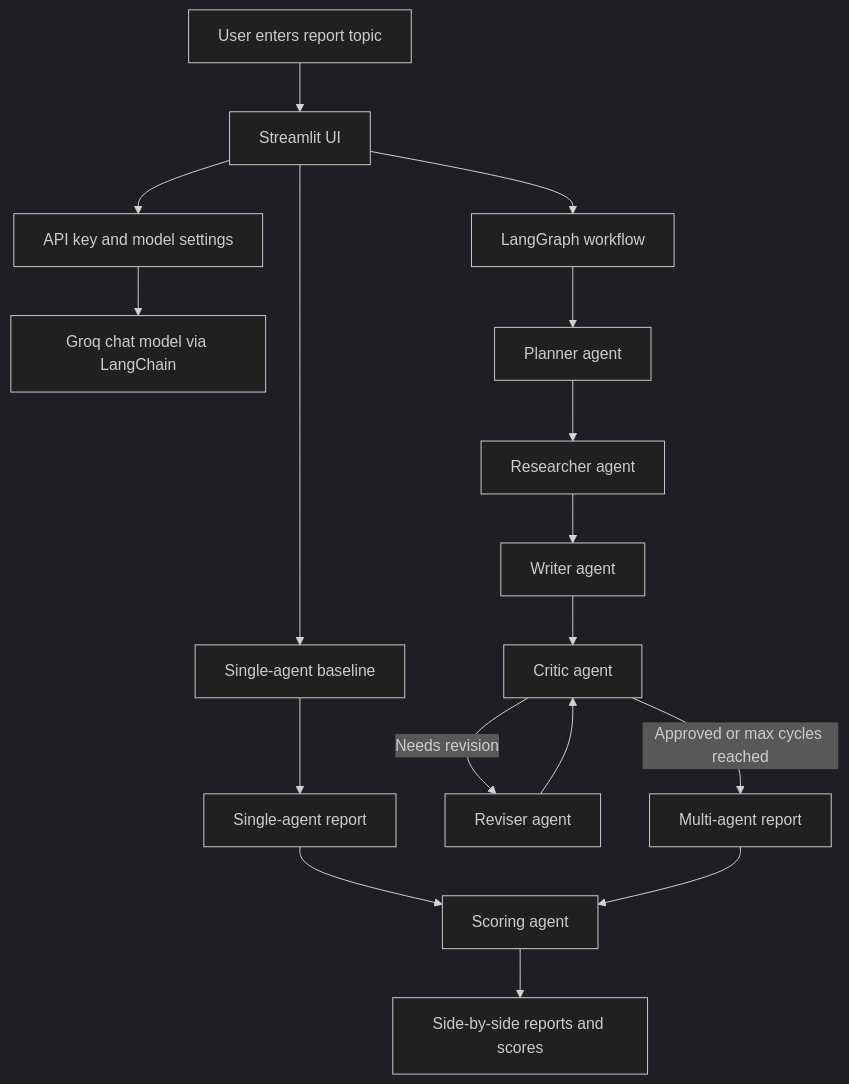
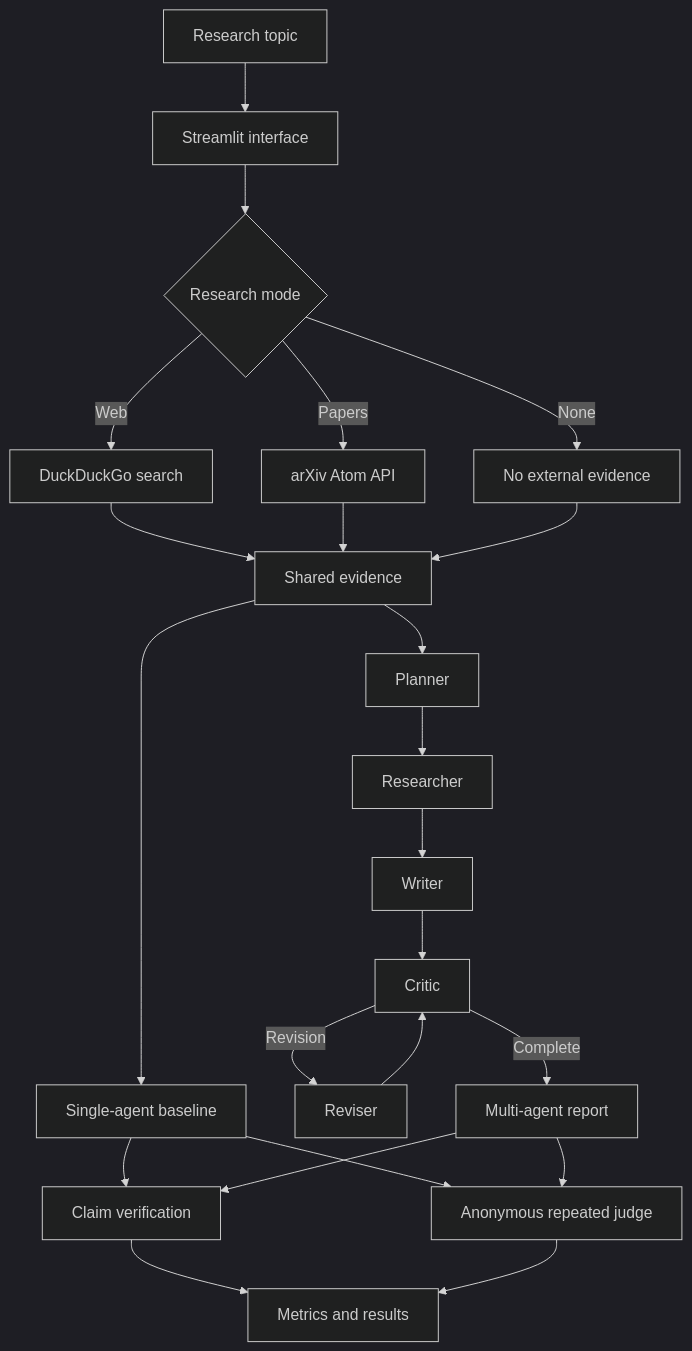
One commit to Abhinaba925/multi-agent-reporter changed the diagram in README.md. Above: the diagram before and after it, drawn with Mermaid (dark theme). The commit also changed other lines of this file, not shown here.

Commit message:
Document retrieval and evaluation workflow

````diff
--- a/README.md
+++ b/README.md
@@ -25,22 +22,25 @@
 ```mermaid
 flowchart TD
-    User[User enters report topic] --> UI[Streamlit UI]
-    UI --> Config[API key and model settings]
-    Config --> Model[Groq chat model via LangChain]
-
-    UI --> Single[Single-agent baseline]
-    Single --> SingleReport[Single-agent report]
-
-    UI --> Graph[LangGraph workflow]
-    Graph --> Planner[Planner agent]
-    Planner --> Researcher[Researcher agent]
-    Researcher --> Writer[Writer agent]
-    Writer --> Critic[Critic agent]
-    Critic -->|Needs revision| Reviser[Reviser agent]
+    User[Research topic] --> UI[Streamlit interface]
+    UI --> Retrieval{Research mode}
+    Retrieval -->|Web| Web[DuckDuckGo search]
+    Retrieval -->|Papers| Arxiv[arXiv Atom API]
+    Retrieval -->|None| Empty[No external evidence]
+    Web --> Evidence[Shared evidence]
+    Arxiv --> Evidence
+    Empty --> Evidence
+    Evidence --> Single[Single-agent baseline]
+    Evidence --> Planner[Planner]
+    Planner --> Researcher[Researcher]
+    Researcher --> Writer[Writer]
+    Writer --> Critic[Critic]
+    Critic -->|Revision| Reviser[Reviser]
     Reviser --> Critic
-    Critic -->|Approved or max cycles reached| MultiReport[Multi-agent report]
-
-    SingleReport --> Scorer[Scoring agent]
-    MultiReport --> Scorer
-    Scorer --> Results[Side-by-side reports and scores]
+    Critic -->|Complete| Multi[Multi-agent report]
+    Single --> Verify[Claim verification]
+    Multi --> Verify
+    Single --> Judge[Anonymous repeated judge]
+    Multi --> Judge
+    Verify --> Results[Metrics and results]
+    Judge --> Results
 ```
````
